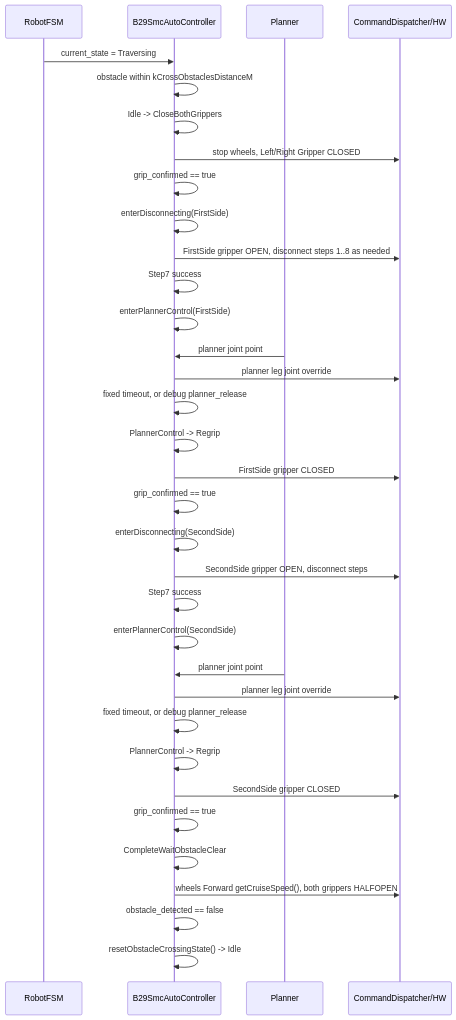
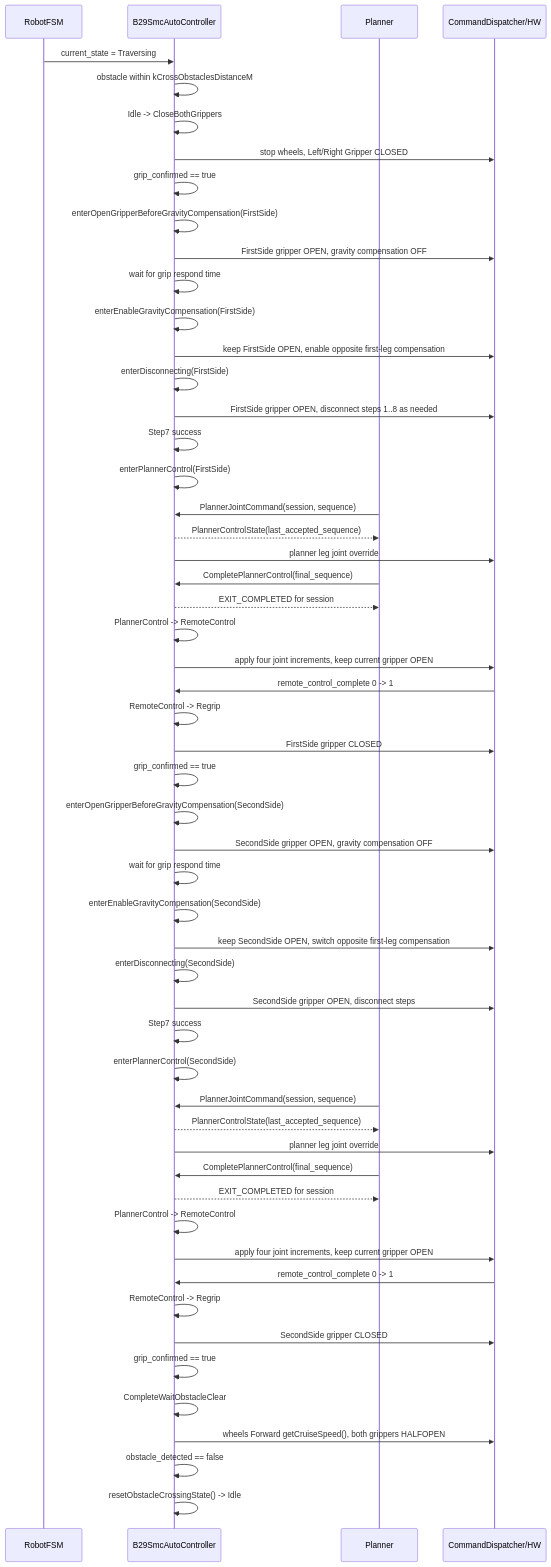
Before and after one commit to major173/b29_control: diagram 11 of 12 in b29_controllers/b29_smc_auto_controller/OBSTACLE_CROSSING_WORKFLOW.md, drawn with Mermaid. The commit also changed other lines of this file and 69 other files, not shown here.

Commit message:
Add state machine for obstacle-crossing procedure and Planner command receiving node

````diff
--- a/b29_controllers/b29_smc_auto_controller/OBSTACLE_CROSSING_WORKFLOW.md
+++ b/b29_controllers/b29_smc_auto_controller/OBSTACLE_CROSSING_WORKFLOW.md
@@ -698,37 +772,57 @@
 ```mermaid
 sequenceDiagram
   participant RFSM as RobotFSM
   participant CTRL as B29SmcAutoController
   participant PLAN as Planner
   participant HW as CommandDispatcher/HW
 
   RFSM->>CTRL: current_state = Traversing
   CTRL->>CTRL: obstacle within kCrossObstaclesDistanceM
   CTRL->>CTRL: Idle -> CloseBothGrippers
   CTRL->>HW: stop wheels, Left/Right Gripper CLOSED
   CTRL->>CTRL: grip_confirmed == true
+  CTRL->>CTRL: enterOpenGripperBeforeGravityCompensation(FirstSide)
+  CTRL->>HW: FirstSide gripper OPEN, gravity compensation OFF
+  CTRL->>CTRL: wait for grip respond time
+  CTRL->>CTRL: enterEnableGravityCompensation(FirstSide)
+  CTRL->>HW: keep FirstSide OPEN, enable opposite first-leg compensation
   CTRL->>CTRL: enterDisconnecting(FirstSide)
   CTRL->>HW: FirstSide gripper OPEN, disconnect steps 1..8 as needed
   CTRL->>CTRL: Step7 success
   CTRL->>CTRL: enterPlannerControl(FirstSide)
-  PLAN->>CTRL: planner joint point
+  PLAN->>CTRL: PlannerJointCommand(session, sequence)
+  CTRL-->>PLAN: PlannerControlState(last_accepted_sequence)
   CTRL->>HW: planner leg joint override
-  CTRL->>CTRL: fixed timeout, or debug planner_release
-  CTRL->>CTRL: PlannerControl -> Regrip
+  PLAN->>CTRL: CompletePlannerControl(final_sequence)
+  CTRL-->>PLAN: EXIT_COMPLETED for session
+  CTRL->>CTRL: PlannerControl -> RemoteControl
+  CTRL->>HW: apply four joint increments, keep current gripper OPEN
+  HW->>CTRL: remote_control_complete 0 -> 1
+  CTRL->>CTRL: RemoteControl -> Regrip
   CTRL->>HW: FirstSide gripper CLOSED
   CTRL->>CTRL: grip_confirmed == true
+  CTRL->>CTRL: enterOpenGripperBeforeGravityCompensation(SecondSide)
+  CTRL->>HW: SecondSide gripper OPEN, gravity compensation OFF
+  CTRL->>CTRL: wait for grip respond time
+  CTRL->>CTRL: enterEnableGravityCompensation(SecondSide)
+  CTRL->>HW: keep SecondSide OPEN, switch opposite first-leg compensation
   CTRL->>CTRL: enterDisconnecting(SecondSide)
   CTRL->>HW: SecondSide gripper OPEN, disconnect steps
   CTRL->>CTRL: Step7 success
   CTRL->>CTRL: enterPlannerControl(SecondSide)
-  PLAN->>CTRL: planner joint point
+  PLAN->>CTRL: PlannerJointCommand(session, sequence)
+  CTRL-->>PLAN: PlannerControlState(last_accepted_sequence)
   CTRL->>HW: planner leg joint override
-  CTRL->>CTRL: fixed timeout, or debug planner_release
-  CTRL->>CTRL: PlannerControl -> Regrip
+  PLAN->>CTRL: CompletePlannerControl(final_sequence)
+  CTRL-->>PLAN: EXIT_COMPLETED for session
+  CTRL->>CTRL: PlannerControl -> RemoteControl
+  CTRL->>HW: apply four joint increments, keep current gripper OPEN
+  HW->>CTRL: remote_control_complete 0 -> 1
+  CTRL->>CTRL: RemoteControl -> Regrip
   CTRL->>HW: SecondSide gripper CLOSED
   CTRL->>CTRL: grip_confirmed == true
   CTRL->>CTRL: CompleteWaitObstacleClear
   CTRL->>HW: wheels Forward getCruiseSpeed(), both grippers HALFOPEN
   CTRL->>CTRL: obstacle_detected == false
   CTRL->>CTRL: resetObstacleCrossingState() -> Idle
 ```
````
